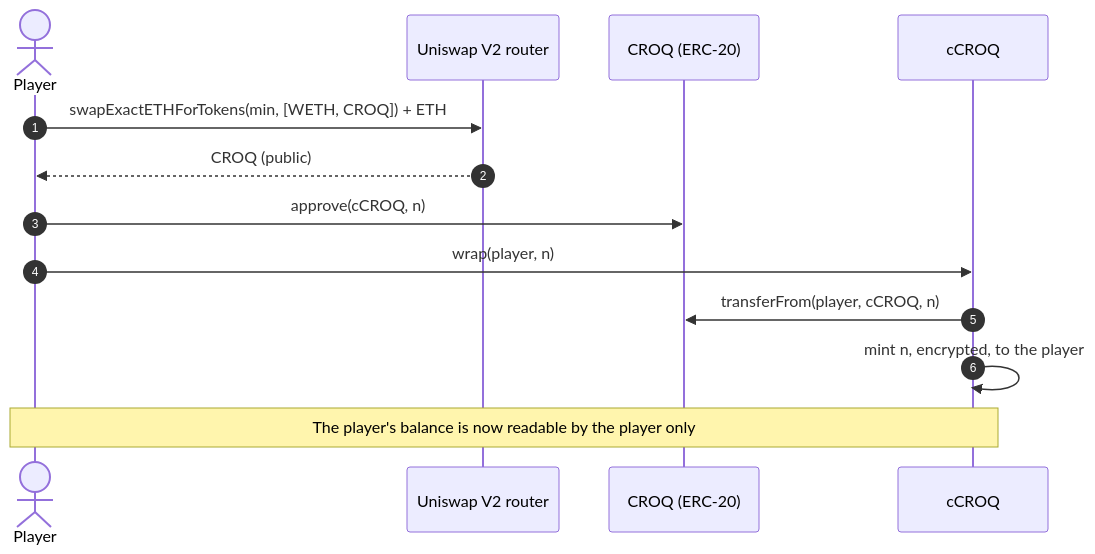
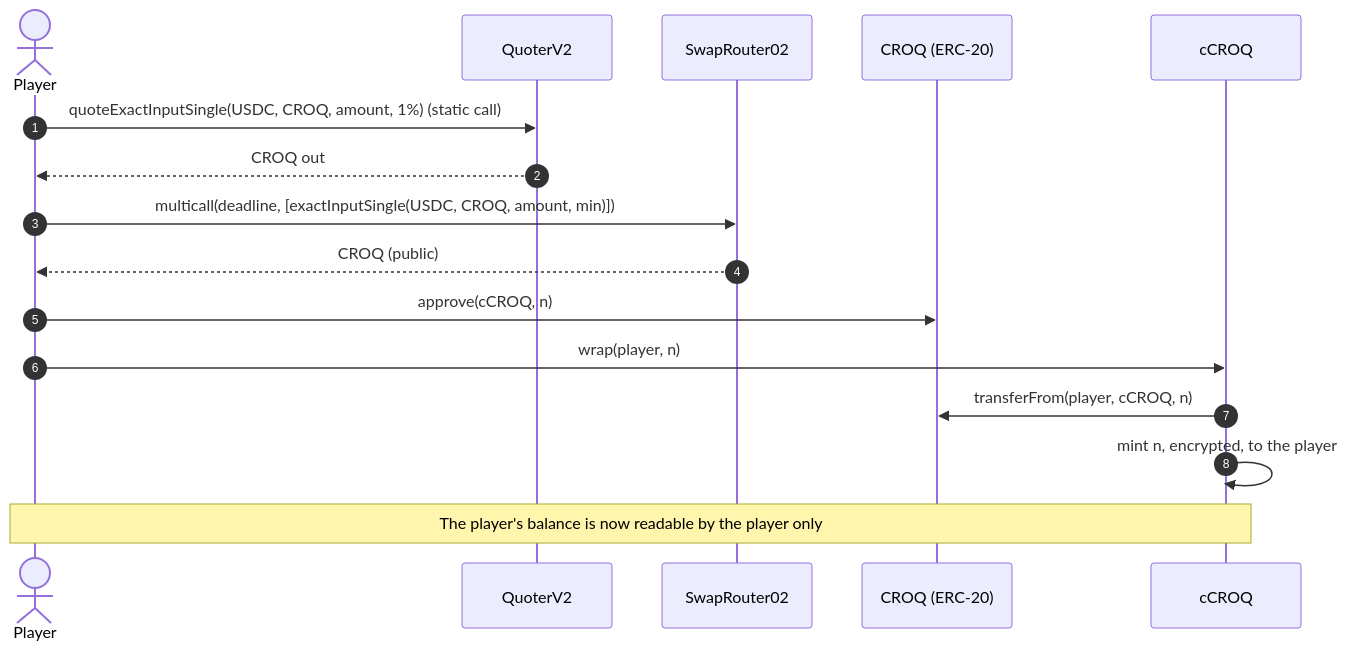
Before and after one commit to jecombe/do_not_open: diagram 18 of 24 in docs/FLOWS.md, drawn with Mermaid. The commit also changed other lines of this file and 58 other files, not shown here.

Commit message:
Open the CROQ market as a CROQ-only Uniswap V3 position locked for good, and redeploy the collection on Sepolia

````diff
--- a/docs/FLOWS.md
+++ b/docs/FLOWS.md
@@ -561,15 +565,18 @@
 ```mermaid
 sequenceDiagram
   autonumber
   actor P as Player
-  participant U as Uniswap V2 router
+  participant Q as QuoterV2
+  participant U as SwapRouter02
   participant C as CROQ (ERC-20)
   participant W as cCROQ
-  P->>U: swapExactETHForTokens(min, [WETH, CROQ]) + ETH
+  P->>Q: quoteExactInputSingle(USDC, CROQ, amount, 1%) (static call)
+  Q-->>P: CROQ out
+  P->>U: multicall(deadline, [exactInputSingle(USDC, CROQ, amount, min)])
   U-->>P: CROQ (public)
   P->>C: approve(cCROQ, n)
   P->>W: wrap(player, n)
   W->>C: transferFrom(player, cCROQ, n)
   W->>W: mint n, encrypted, to the player
   Note over P,W: The player's balance is now readable by the player only
 ```
````
